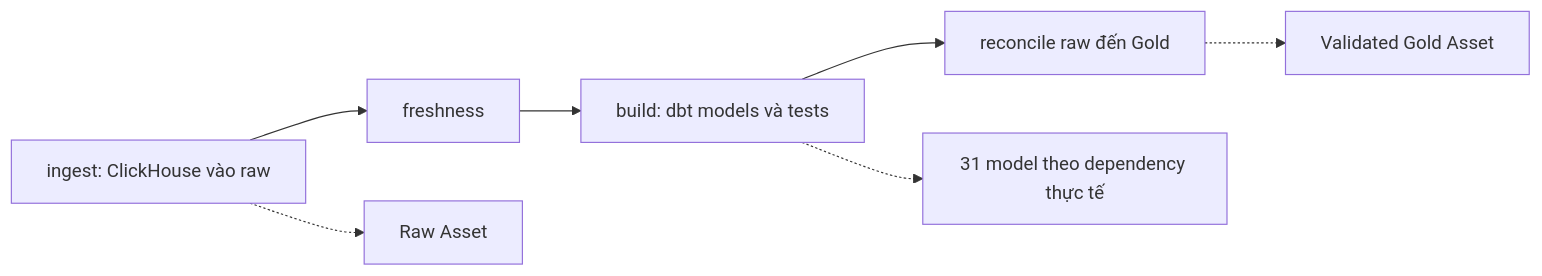
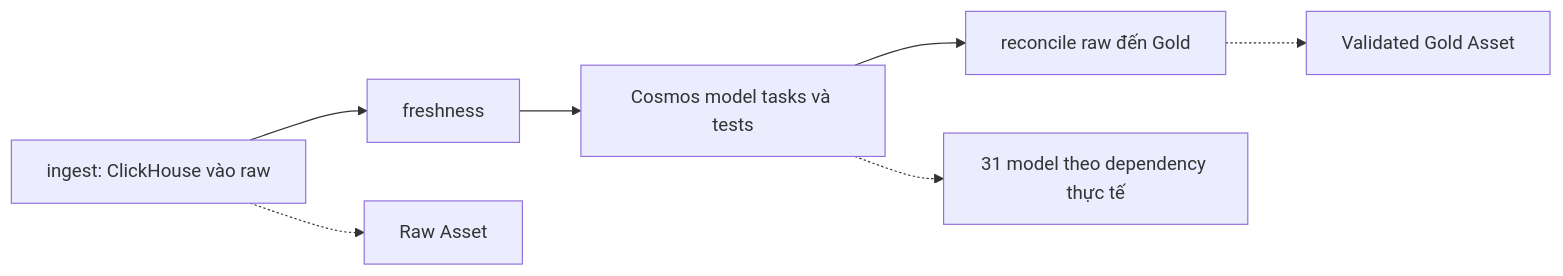
One commit to PhucTruong11/laplaptech_pipeline changed the diagram in docs/guides/airflow.md. Above: the diagram before and after it, drawn with Mermaid. The commit also changed other lines of this file and 10 other files, not shown here.

````diff
--- a/docs/guides/airflow.md
+++ b/docs/guides/airflow.md
@@ -153,9 +154,9 @@
 ```mermaid
 flowchart LR
     I[ingest: ClickHouse vào raw] --> F[freshness]
-    F --> B[build: dbt models và tests]
+    F --> B[Cosmos model tasks và tests]
     B --> R[reconcile raw đến Gold]
     B -.-> M[31 model theo dependency thực tế]
     I -.-> A1[Raw Asset]
     R -.-> A2[Validated Gold Asset]
 ```
````
